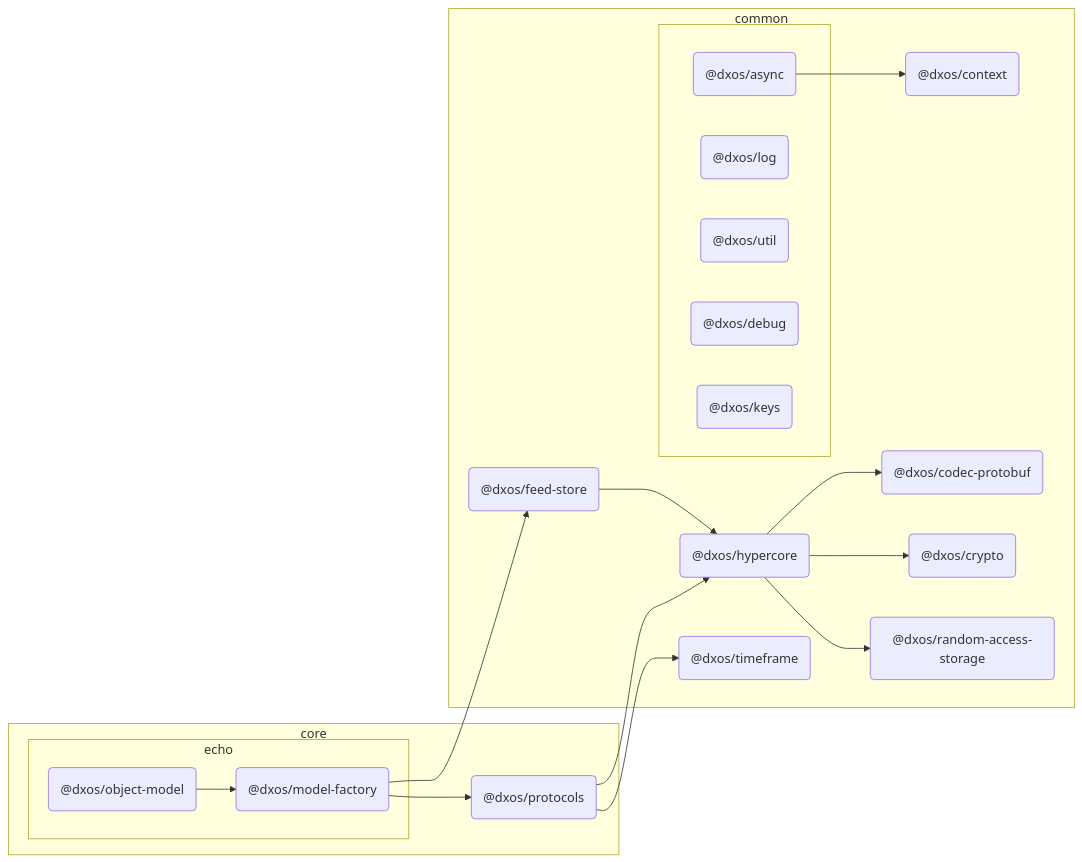
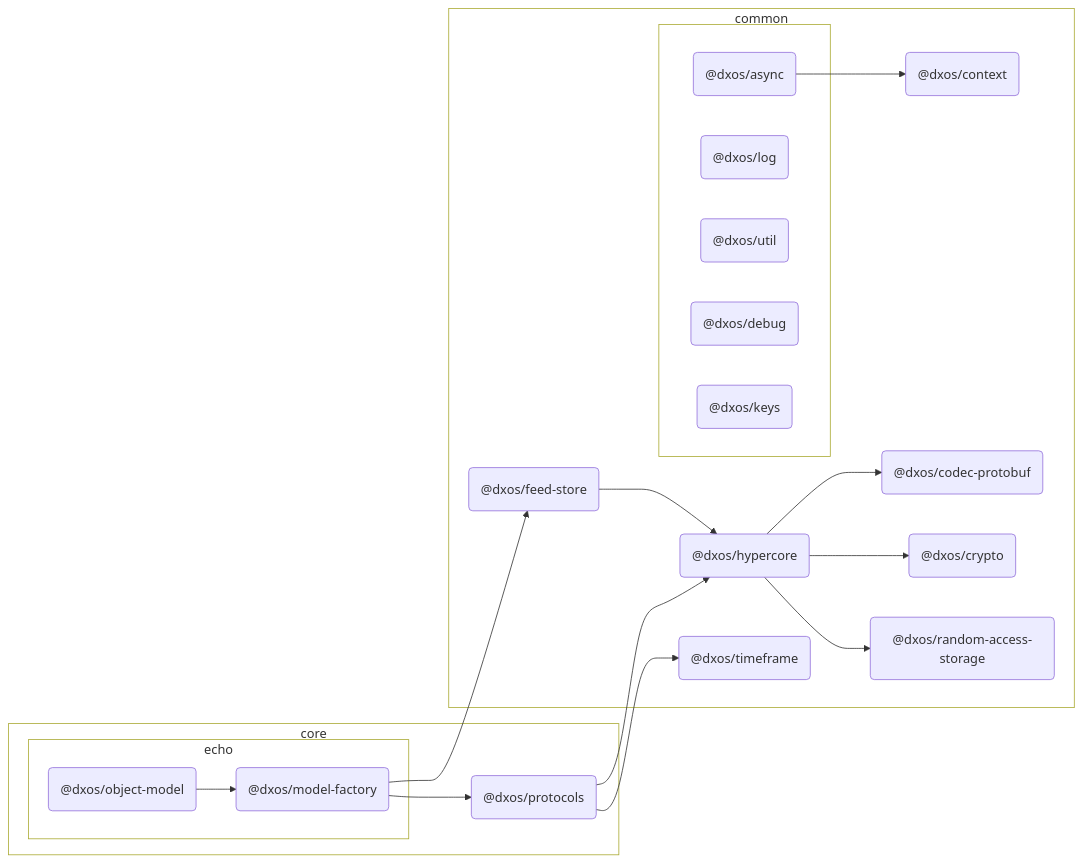
Before and after one commit to dxos/dxos: the diagram in packages/core/echo/object-model/docs/README.md, drawn with Mermaid. The commit also changed 80 other files, not shown here.

````diff
--- a/packages/core/echo/object-model/docs/README.md
+++ b/packages/core/echo/object-model/docs/README.md
@@ -7,62 +7,69 @@
 ```mermaid
 %%{ init: {'flowchart':{'curve':'basis'}} }%%
 
 flowchart LR
 
+%% Classes
+
+
+
 %% Nodes
 
 subgraph core [core]
+  style core fill:transparent
   dxos/protocols("@dxos/protocols"):::def
   click dxos/protocols "dxos/dxos/tree/main/packages/core/protocols/docs"
 
   subgraph echo [echo]
+    style echo fill:transparent
     dxos/object-model("@dxos/object-model"):::root
     click dxos/object-model "dxos/dxos/tree/main/packages/core/echo/object-model/docs"
     dxos/model-factory("@dxos/model-factory"):::def
     click dxos/model-factory "dxos/dxos/tree/main/packages/core/echo/model-factory/docs"
   end
 end
 
 subgraph common [common]
+  style common fill:transparent
   dxos/context("@dxos/context"):::def
   click dxos/context "dxos/dxos/tree/main/packages/common/context/docs"
   dxos/codec-protobuf("@dxos/codec-protobuf"):::def
   click dxos/codec-protobuf "dxos/dxos/tree/main/packages/common/codec-protobuf/docs"
   dxos/feed-store("@dxos/feed-store"):::def
   click dxos/feed-store "dxos/dxos/tree/main/packages/common/feed-store/docs"
   dxos/crypto("@dxos/crypto"):::def
   click dxos/crypto "dxos/dxos/tree/main/packages/common/crypto/docs"
   dxos/hypercore("@dxos/hypercore"):::def
   click dxos/hypercore "dxos/dxos/tree/main/packages/common/hypercore/docs"
   dxos/random-access-storage("@dxos/random-access-storage"):::def
   click dxos/random-access-storage "dxos/dxos/tree/main/packages/common/random-access-storage/docs"
   dxos/timeframe("@dxos/timeframe"):::def
   click dxos/timeframe "dxos/dxos/tree/main/packages/common/timeframe/docs"
 
   subgraph _ [ ]
+    style _ fill:transparent
     dxos/async("@dxos/async"):::def
     click dxos/async "dxos/dxos/tree/main/packages/common/async/docs"
     dxos/log("@dxos/log"):::def
     click dxos/log "dxos/dxos/tree/main/packages/common/log/docs"
     dxos/util("@dxos/util"):::def
     click dxos/util "dxos/dxos/tree/main/packages/common/util/docs"
     dxos/debug("@dxos/debug"):::def
     click dxos/debug "dxos/dxos/tree/main/packages/common/debug/docs"
     dxos/keys("@dxos/keys"):::def
     click dxos/keys "dxos/dxos/tree/main/packages/common/keys/docs"
   end
 end
 
 %% Links
-linkStyle default stroke:#333,stroke-width:1px
 dxos/async --> dxos/context
 dxos/object-model --> dxos/model-factory
 dxos/model-factory --> dxos/feed-store
 dxos/feed-store --> dxos/hypercore
 dxos/hypercore --> dxos/codec-protobuf
 dxos/hypercore --> dxos/crypto
 dxos/hypercore --> dxos/random-access-storage
 dxos/model-factory --> dxos/protocols
 dxos/protocols --> dxos/hypercore
 dxos/protocols --> dxos/timeframe
 ```
````
